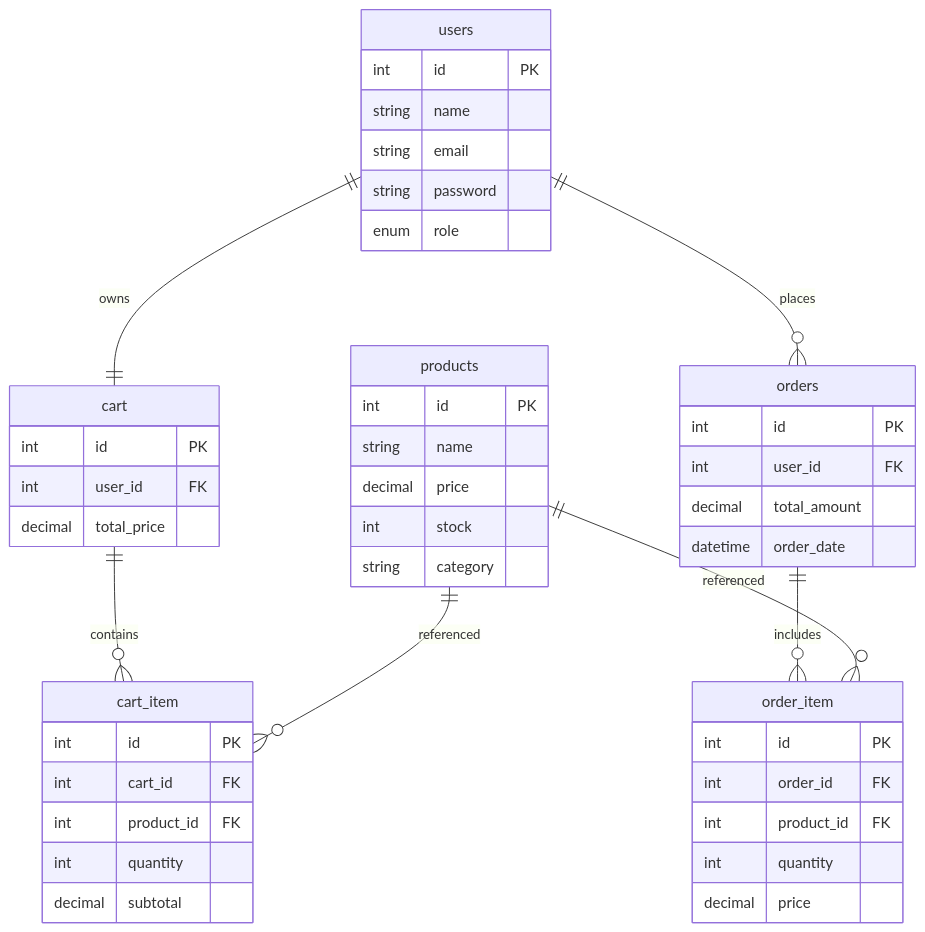
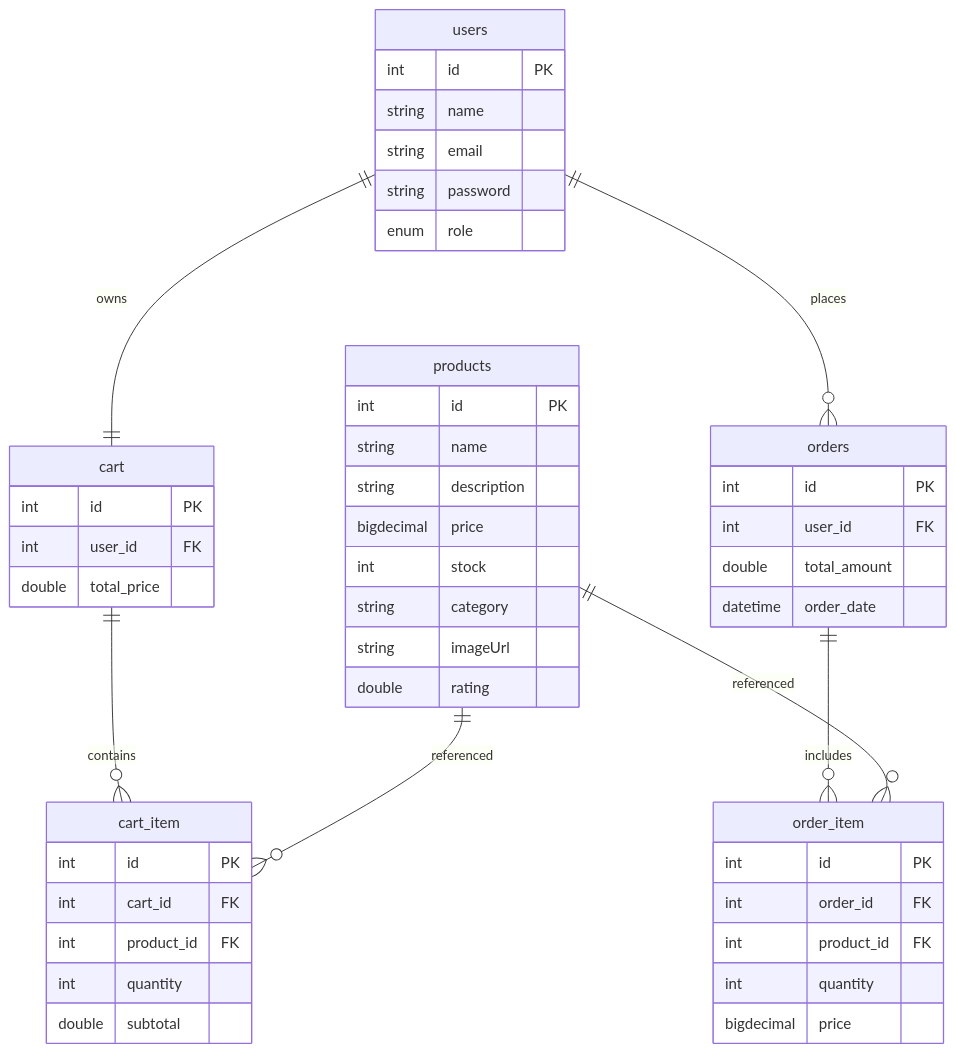
Before and after one commit to CHITTARANJANMOHANTY-2003/ecommerce-backend: the diagram in README.md, drawn with Mermaid.

````diff
--- a/README.md
+++ b/README.md
@@ -1729,54 +1729,57 @@
 ```mermaid
 erDiagram
     users {
         int id PK
         string name
         string email
         string password
         enum role
     }
 
     products {
         int id PK
         string name
-        decimal price
+        string description
+        bigdecimal price
         int stock
         string category
+        string imageUrl
+        double rating
     }
 
     cart {
         int id PK
         int user_id FK
-        decimal total_price
+        double total_price
     }
 
     cart_item {
         int id PK
         int cart_id FK
         int product_id FK
         int quantity
-        decimal subtotal
+        double subtotal
     }
 
     orders {
         int id PK
         int user_id FK
-        decimal total_amount
+        double total_amount
         datetime order_date
     }
 
     order_item {
         int id PK
         int order_id FK
         int product_id FK
         int quantity
-        decimal price
+        bigdecimal price
     }
 
     users ||--|| cart : owns
     users ||--o{ orders : places
     cart ||--o{ cart_item : contains
     products ||--o{ cart_item : referenced
     orders ||--o{ order_item : includes
     products ||--o{ order_item : referenced
 ```
````
